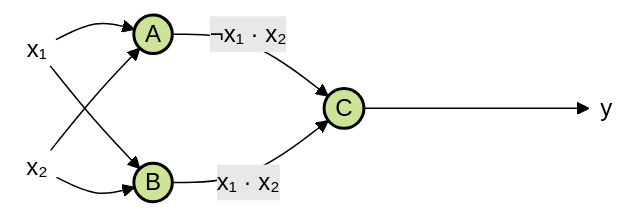
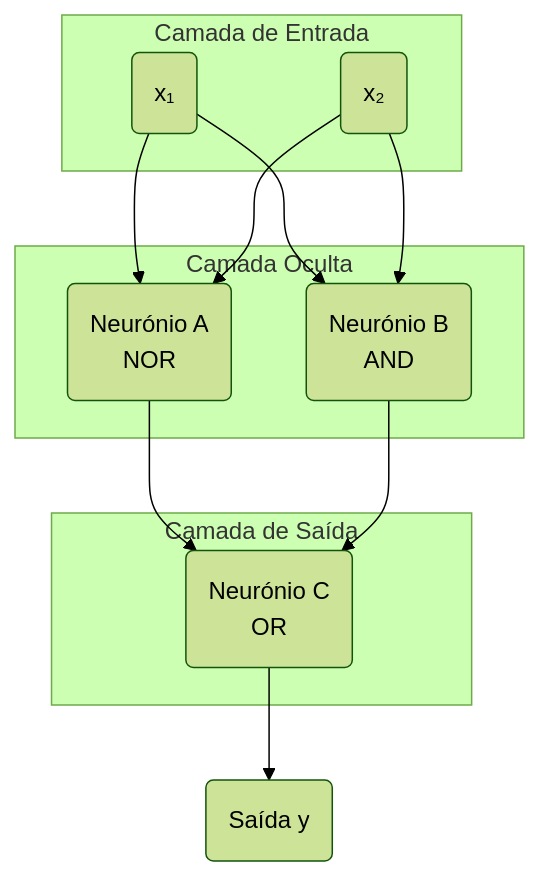
One commit to kanekitakitos/Inteligencia_Artificial changed the diagram in 03 - Perceptrons/README.md. Above: the diagram before and after it, drawn with Mermaid (forest theme). The commit also changed other lines of this file and 17 other files, not shown here.

````diff
--- a/03 - Perceptrons/README.md
+++ b/03 - Perceptrons/README.md
@@ -98,27 +117,24 @@
 ```mermaid
-graph LR
-    %% Define o estilo padrão: borda preta, mas deixa a cor do texto e do fundo automáticas para se adaptar ao tema
-    classDef default stroke:#000,stroke-width:2px;
-
-    %% Entradas e Saída (Círculos invisíveis)
-    x1(( x₁ )):::nolabel
-    x2(( x₂ )):::nolabel
-    y(( y )):::nolabel
-
-    %% Nós circulares (neurônios)
-    A((" A "))
-    B((" B "))
-    C((" C "))
-
-    %% Conexões
+graph TD
+    subgraph "Camada de Entrada"
+        x1(x₁)
+        x2(x₂)
+    end
+    
+    subgraph "Camada Oculta"
+        A(Neurónio A <br> NOR)
+        B(Neurónio B <br> AND)
+    end
+    
+    subgraph "Camada de Saída"
+        C(Neurónio C <br> OR)
+    end
+    
     x1 --> A
+    x2 --> A
     x1 --> B
-    x2 --> A
     x2 --> B
-    A -- "¬x₁ · x₂" --> C
-    B -- "x₁ · x₂" --> C
-    C ----> y
-
-    %% Estilo para esconder caixas de texto
-    classDef nolabel fill:none,stroke:none,font-size:16px;
+    A --> C
+    B --> C
+    C --> y(Saída y)
 ```
````
